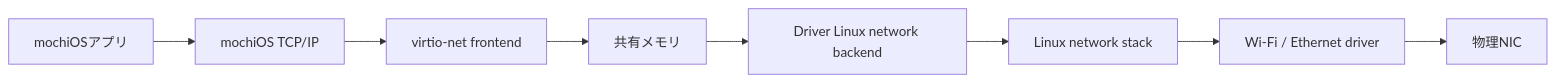
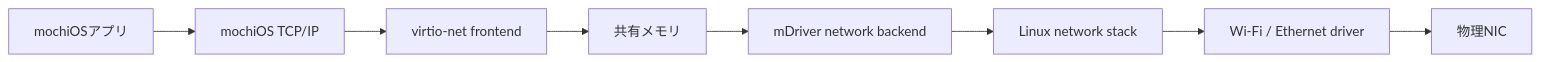
One commit to mochiOS/mochiOS changed the third of 9 diagrams in docs/mboot/about.md. Above: the diagram before and after it, drawn with Mermaid. The commit also changed other lines of this file and 1 other file, not shown here.

Commit message:
Integrate the mDriver workspace build

````diff
--- a/docs/mboot/about.md
+++ b/docs/mboot/about.md
@@ -173,10 +173,10 @@
 ```mermaid
 flowchart LR
     app[mochiOSアプリ] --> tcp[mochiOS TCP/IP]
     tcp --> frontend[virtio-net frontend]
     frontend --> shared[共有メモリ]
-    shared --> backend[Driver Linux network backend]
+    shared --> backend[mDriver network backend]
     backend --> linux[Linux network stack]
     linux --> driver[Wi-Fi / Ethernet driver]
     driver --> nic[物理NIC]
 ```
````
